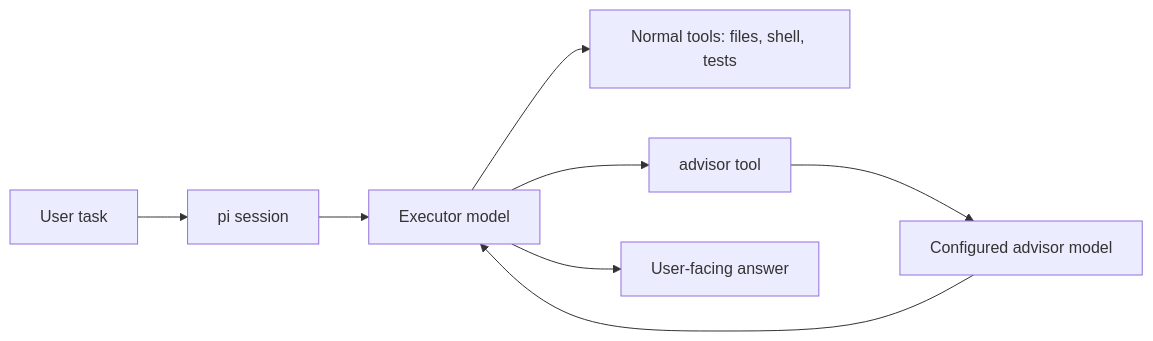
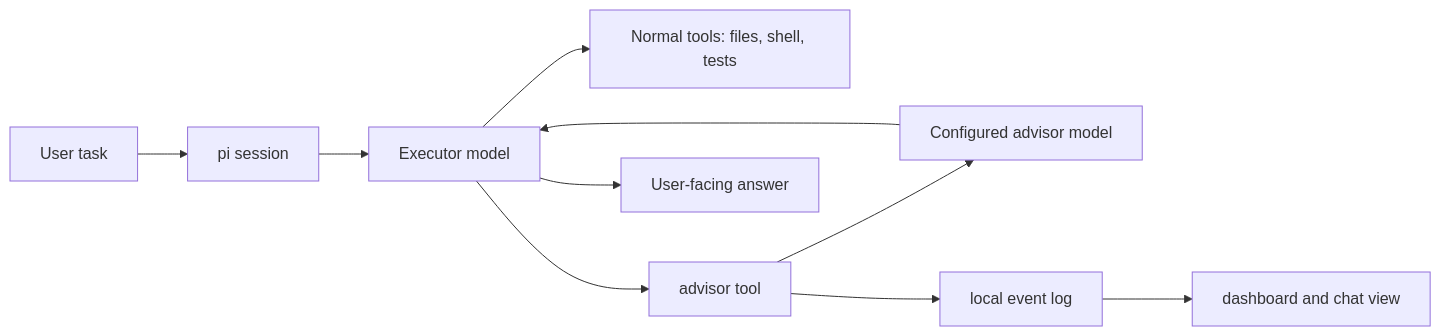
Before and after one commit to rbgit/pi-executor-advisor: the diagram in README.md, drawn with Mermaid. The commit also changed other lines of this file and 4 other files, not shown here.

Commit message:
feat: package advisor chat dashboard

````diff
--- a/README.md
+++ b/README.md
@@ -12,10 +12,12 @@
 ```mermaid
 flowchart LR
   U["User task"] --> P["pi session"]
   P --> E["Executor model"]
   E --> T["Normal tools: files, shell, tests"]
   E --> X["advisor tool"]
   X --> A["Configured advisor model"]
   A --> E
+  X --> L["local event log"]
+  L --> D["dashboard and chat view"]
   E --> R["User-facing answer"]
 ```
````
